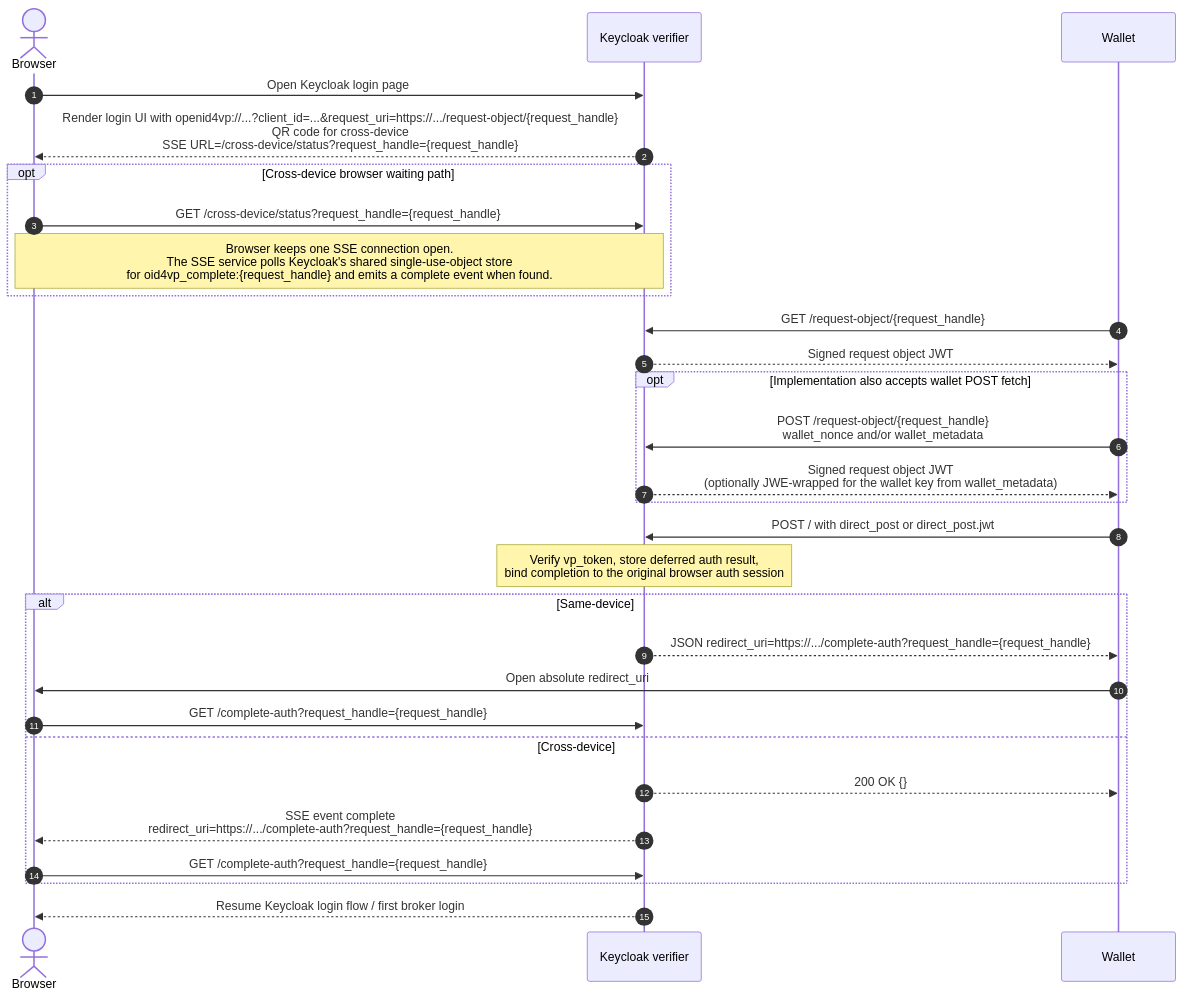
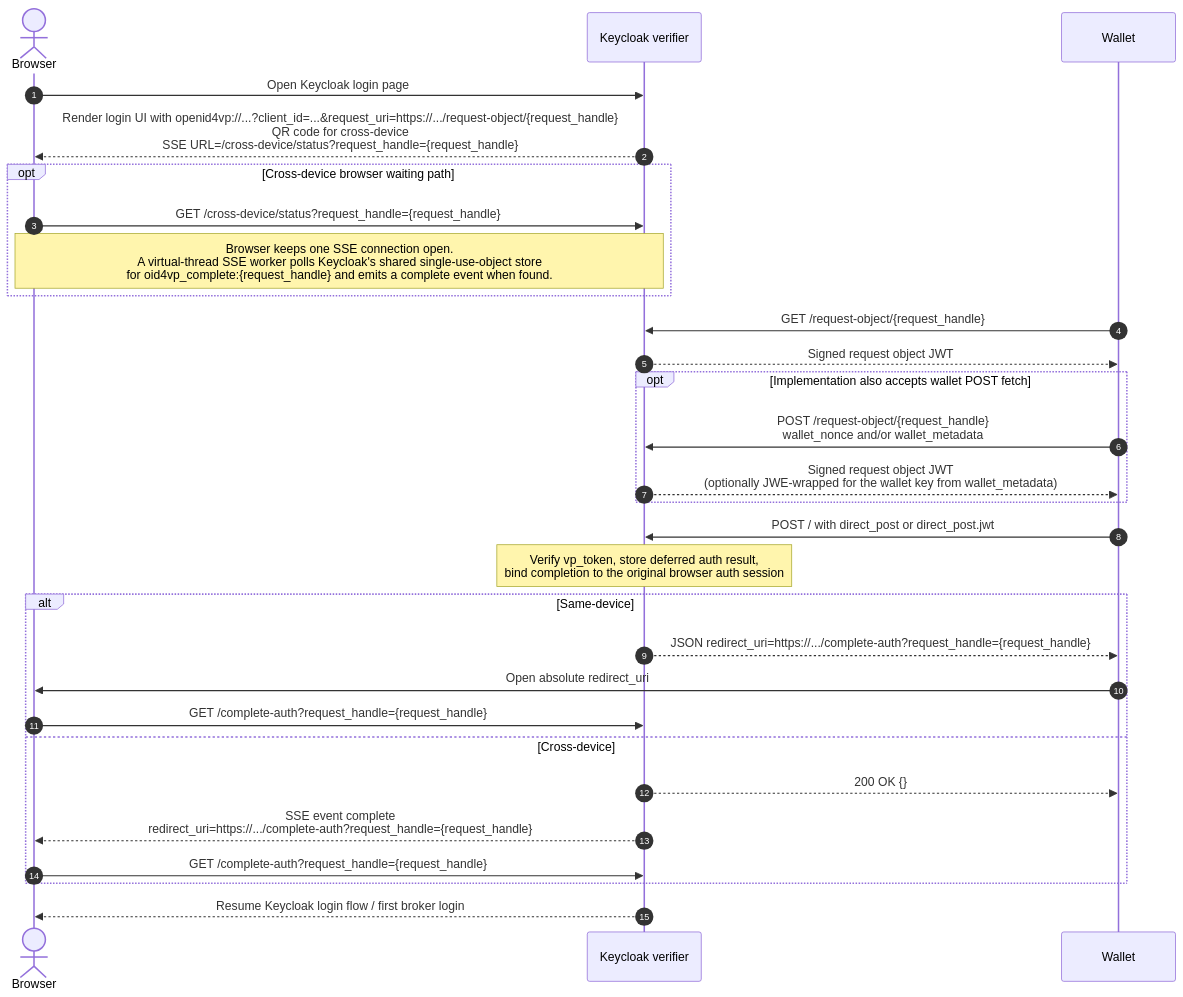
One commit to ba-itsys/keycloak-extension-oid4vp changed the first of 2 diagrams in docs/diagrams.md. Above: the diagram before and after it, drawn with Mermaid. The commit also changed 5 other files, not shown here.

Commit message:
fix: rework SSE to use virtual threads

````diff
--- a/docs/diagrams.md
+++ b/docs/diagrams.md
@@ -10,38 +10,38 @@
 ```mermaid
 sequenceDiagram
     autonumber
     actor Browser
     participant Keycloak as Keycloak verifier
     participant Wallet
 
     Browser->>Keycloak: Open Keycloak login page
     Keycloak-->>Browser: Render login UI with openid4vp://...?client_id=...&request_uri=https://.../request-object/{request_handle}<br/>QR code for cross-device<br/>SSE URL=/cross-device/status?request_handle={request_handle}
 
     opt Cross-device browser waiting path
         Browser->>Keycloak: GET /cross-device/status?request_handle={request_handle}
-        Note over Browser,Keycloak: Browser keeps one SSE connection open.<br/>The SSE service polls Keycloak's shared single-use-object store<br/>for oid4vp_complete:{request_handle} and emits a complete event when found.
+        Note over Browser,Keycloak: Browser keeps one SSE connection open.<br/>A virtual-thread SSE worker polls Keycloak's shared single-use-object store<br/>for oid4vp_complete:{request_handle} and emits a complete event when found.
     end
 
     Wallet->>Keycloak: GET /request-object/{request_handle}
     Keycloak-->>Wallet: Signed request object JWT
 
     opt Implementation also accepts wallet POST fetch
         Wallet->>Keycloak: POST /request-object/{request_handle}<br/>wallet_nonce and/or wallet_metadata
         Keycloak-->>Wallet: Signed request object JWT<br/>(optionally JWE-wrapped for the wallet key from wallet_metadata)
     end
 
     Wallet->>Keycloak: POST / with direct_post or direct_post.jwt
     Note over Keycloak: Verify vp_token, store deferred auth result,<br/>bind completion to the original browser auth session
 
     alt Same-device
         Keycloak-->>Wallet: JSON redirect_uri=https://.../complete-auth?request_handle={request_handle}
         Wallet->>Browser: Open absolute redirect_uri
         Browser->>Keycloak: GET /complete-auth?request_handle={request_handle}
     else Cross-device
         Keycloak-->>Wallet: 200 OK {}
         Keycloak-->>Browser: SSE event complete<br/>redirect_uri=https://.../complete-auth?request_handle={request_handle}
         Browser->>Keycloak: GET /complete-auth?request_handle={request_handle}
     end
 
     Keycloak-->>Browser: Resume Keycloak login flow / first broker login
 ```
````
